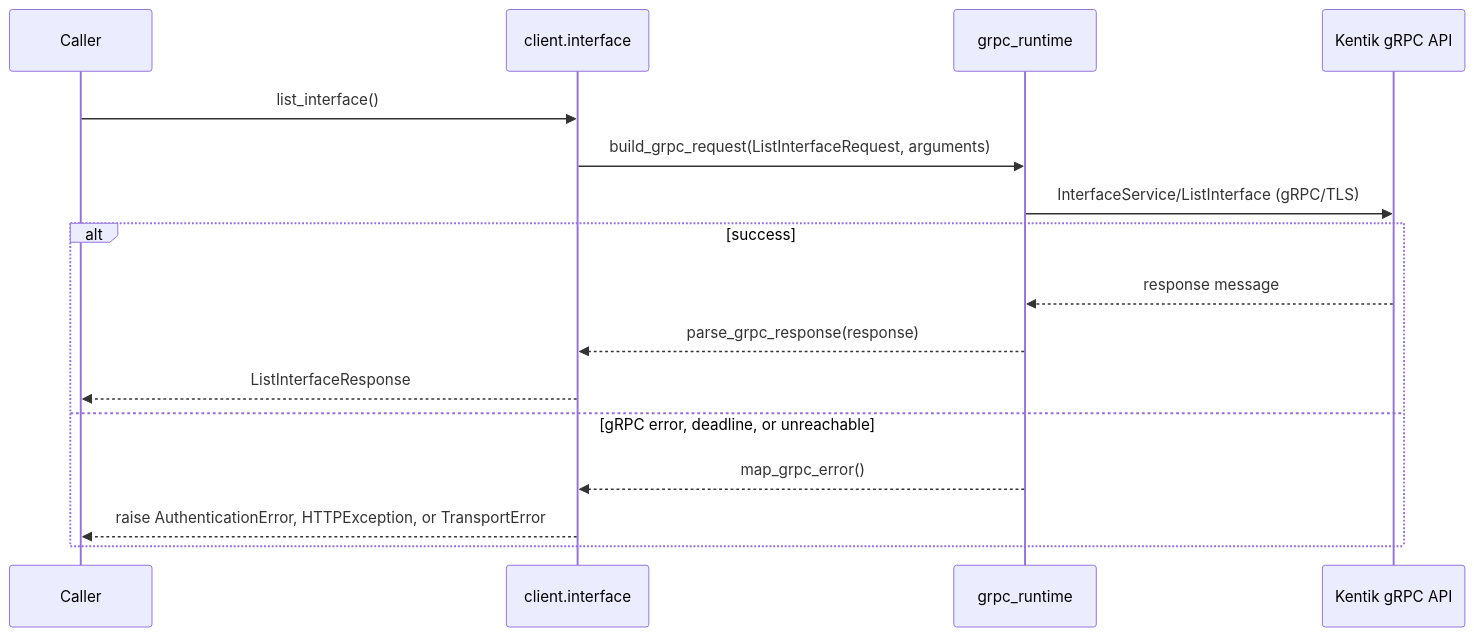
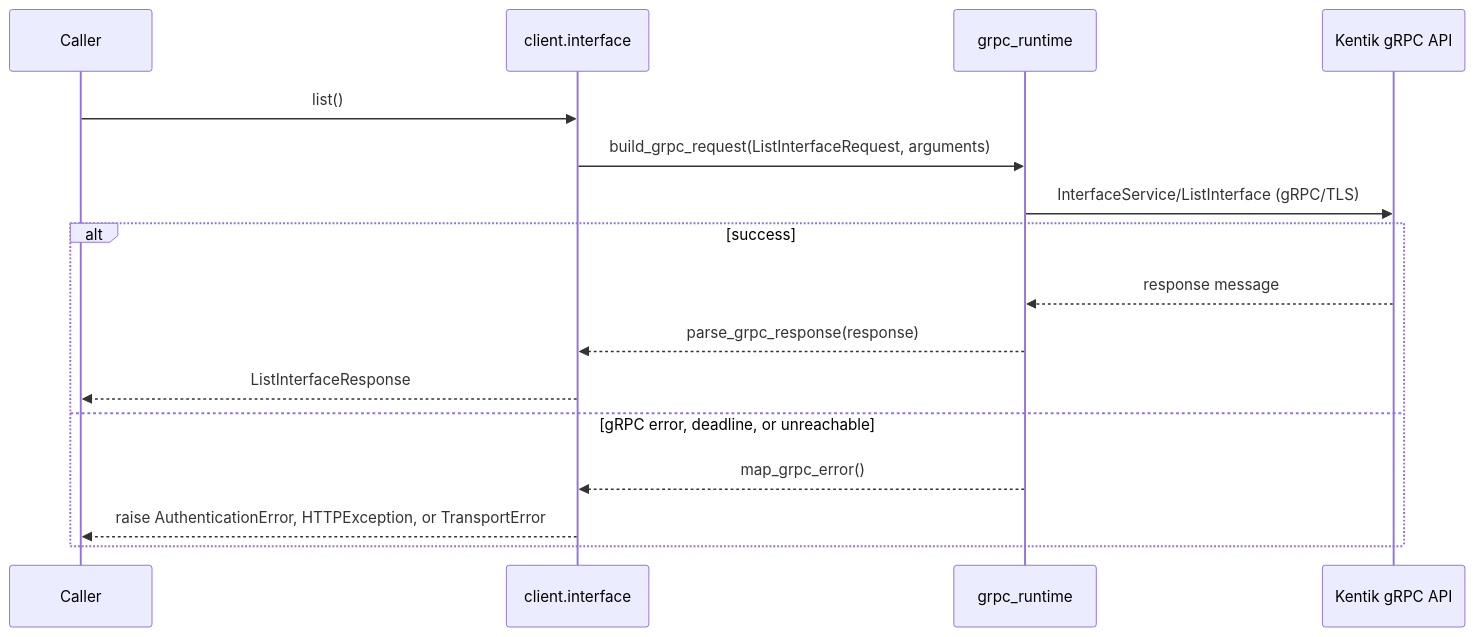
One commit to alexdearaujo/community_sdk_python changed the third of 14 diagrams in docs/sphinx/services/interface.md. Above: the diagram before and after it, drawn with Mermaid. The commit also changed other lines of this file and 119 other files, not shown here.

````diff
--- a/docs/sphinx/services/interface.md
+++ b/docs/sphinx/services/interface.md
@@ -59,19 +59,19 @@
 ```mermaid
 sequenceDiagram
     participant C as Caller
     participant W as client.interface
     participant R as grpc_runtime
     participant API as Kentik gRPC API
 
-    C->>W: list_interface()
+    C->>W: list()
     W->>R: build_grpc_request(ListInterfaceRequest, arguments)
     R->>API: InterfaceService/ListInterface (gRPC/TLS)
     alt success
         API-->>R: response message
         R-->>W: parse_grpc_response(response)
         W-->>C: ListInterfaceResponse
     else gRPC error, deadline, or unreachable
         R-->>W: map_grpc_error()
         W-->>C: raise AuthenticationError, HTTPException, or TransportError
     end
 ```
````
